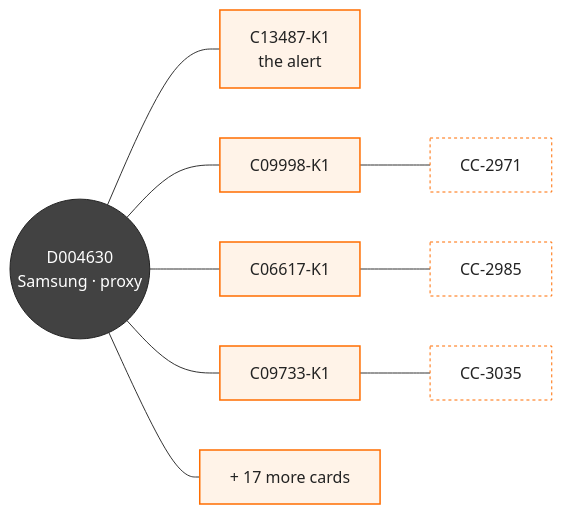
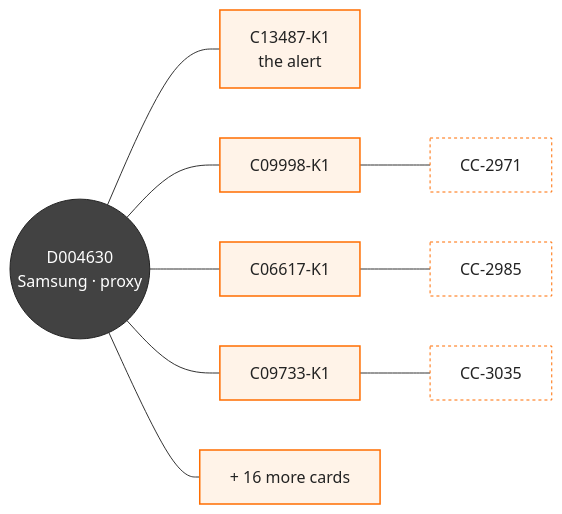
Before and after one commit to KunalSewal/redthread: the fourth of 4 diagrams in README.md, drawn with Mermaid. The commit also changed other lines of this file, not shown here.

````diff
--- a/README.md
+++ b/README.md
@@ -174,19 +185,19 @@
 ```mermaid
 flowchart LR
     D(("D004630<br/>Samsung · proxy"))
     D --- C1["C13487-K1<br/>the alert"]
     D --- C2["C09998-K1"]
     D --- C3["C06617-K1"]
     D --- C4["C09733-K1"]
-    D --- C5["+ 17 more cards"]
+    D --- C5["+ 16 more cards"]
     C2 --- K1["CC-2971"]
     C3 --- K2["CC-2985"]
     C4 --- K3["CC-3035"]
 
     classDef dev fill:#424242,stroke:#222,color:#fff
     classDef card fill:#FFF3E8,stroke:#FF6D00,stroke-width:1.5px,color:#222
     classDef case fill:#fff,stroke:#FF6D00,stroke-dasharray:3 3,color:#222
     class D dev
     class C1,C2,C3,C4,C5 card
     class K1,K2,K3 case
 ```
````
